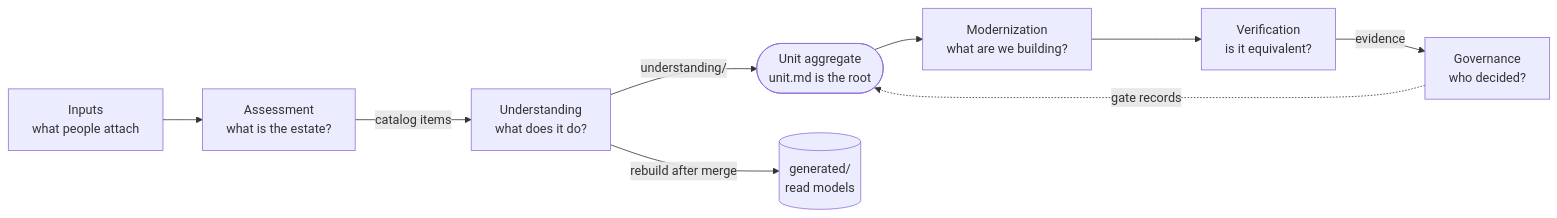
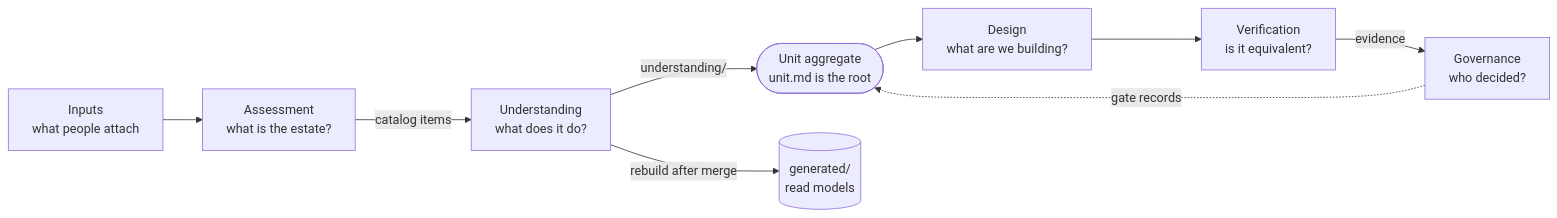
Before and after one commit to evoelsewhere/kintsugi: the diagram in docs/architecture/concepts/document-repo-contexts.md, drawn with Mermaid. The commit also changed other lines of this file and 148 other files, not shown here.

````diff
--- a/docs/architecture/concepts/document-repo-contexts.md
+++ b/docs/architecture/concepts/document-repo-contexts.md
@@ -9,20 +9,20 @@
 ```mermaid
 flowchart LR
   inputs["Inputs<br/>what people attach"]
   assessment["Assessment<br/>what is the estate?"]
   understanding["Understanding<br/>what does it do?"]
   unit(["Unit aggregate<br/>unit.md is the root"])
-  modernization["Modernization<br/>what are we building?"]
+  design["Design<br/>what are we building?"]
   verification["Verification<br/>is it equivalent?"]
   governance["Governance<br/>who decided?"]
   generated[("generated/<br/>read models")]
 
   inputs --> assessment
   assessment -- "catalog items" --> understanding
   understanding -- "understanding/" --> unit
-  unit --> modernization
-  modernization --> verification
+  unit --> design
+  design --> verification
   verification -- "evidence" --> governance
   understanding -- "rebuild after merge" --> generated
   governance -. "gate records" .-> unit
 ```
````
